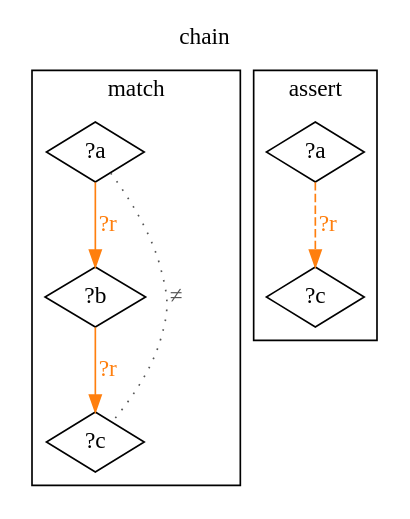
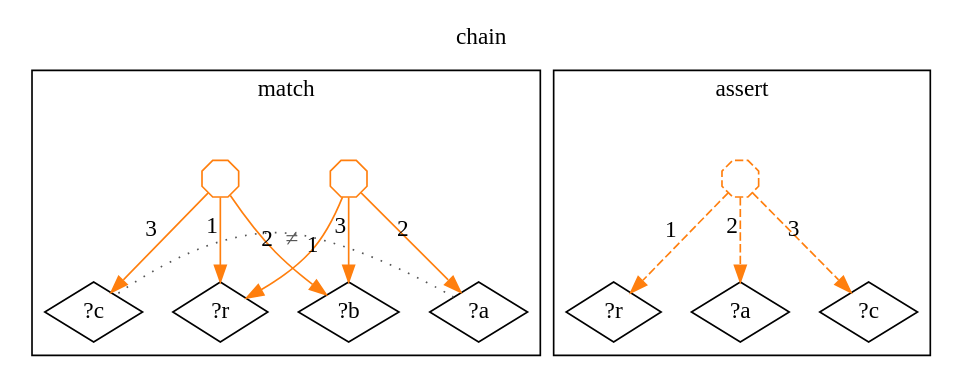
The diagram in docs/ein/user/03-syntax-and-semantics/diagrams/05-rule-chain.dot (agutikov/ein), drawn with Graphviz before and after one commit. The commit also changed 254 other files, not shown here.

```diff
--- a/docs/ein/user/03-syntax-and-semantics/diagrams/05-rule-chain.dot
+++ b/docs/ein/user/03-syntax-and-semantics/diagrams/05-rule-chain.dot
@@ -1,17 +1,28 @@
 digraph rule_chain_lhs_rhs {
   rankdir=TB;
   label="chain"; labelloc=t;
   subgraph cluster_lhs { label="match";
+    "?r_L" [label="?r", shape=diamond];
     "?a_L" [label="?a", shape=diamond];
     "?b_L" [label="?b", shape=diamond];
     "?c_L" [label="?c", shape=diamond];
-    "?a_L" -> "?b_L" [label="?r", color="#ff7f0e", fontcolor="#ff7f0e"];
-    "?b_L" -> "?c_L" [label="?r", color="#ff7f0e", fontcolor="#ff7f0e"];
+    "h1_r_L" [shape=octagon, label="", width=0.3, height=0.3, fixedsize=true, color="#ff7f0e"];
+    "h1_r_L" -> "?r_L" [xlabel="1", color="#ff7f0e"];
+    "h1_r_L" -> "?a_L" [xlabel="2", color="#ff7f0e"];
+    "h1_r_L" -> "?b_L" [xlabel="3", color="#ff7f0e"];
+    "h2_r_L" [shape=octagon, label="", width=0.3, height=0.3, fixedsize=true, color="#ff7f0e"];
+    "h2_r_L" -> "?r_L" [xlabel="1", color="#ff7f0e"];
+    "h2_r_L" -> "?b_L" [xlabel="2", color="#ff7f0e"];
+    "h2_r_L" -> "?c_L" [xlabel="3", color="#ff7f0e"];
     "?a_L" -> "?c_L" [label="≠", dir=none, style=dotted, color="#555555", fontcolor="#555555", constraint=false];
   }
   subgraph cluster_rhs { label="assert";
+    "?r_R" [label="?r", shape=diamond];
     "?a_R" [label="?a", shape=diamond];
     "?c_R" [label="?c", shape=diamond];
-    "?a_R" -> "?c_R" [label="?r", color="#ff7f0e", fontcolor="#ff7f0e", style=dashed];
+    "h3_r_R" [shape=octagon, label="", width=0.3, height=0.3, fixedsize=true, color="#ff7f0e", style=dashed];
+    "h3_r_R" -> "?r_R" [xlabel="1", color="#ff7f0e", style=dashed];
+    "h3_r_R" -> "?a_R" [xlabel="2", color="#ff7f0e", style=dashed];
+    "h3_r_R" -> "?c_R" [xlabel="3", color="#ff7f0e", style=dashed];
   }
 }
```
